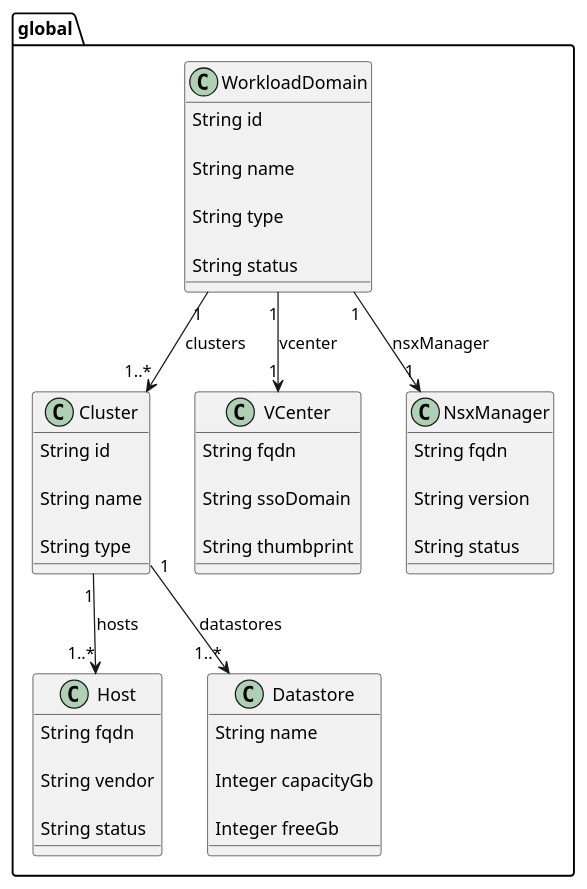
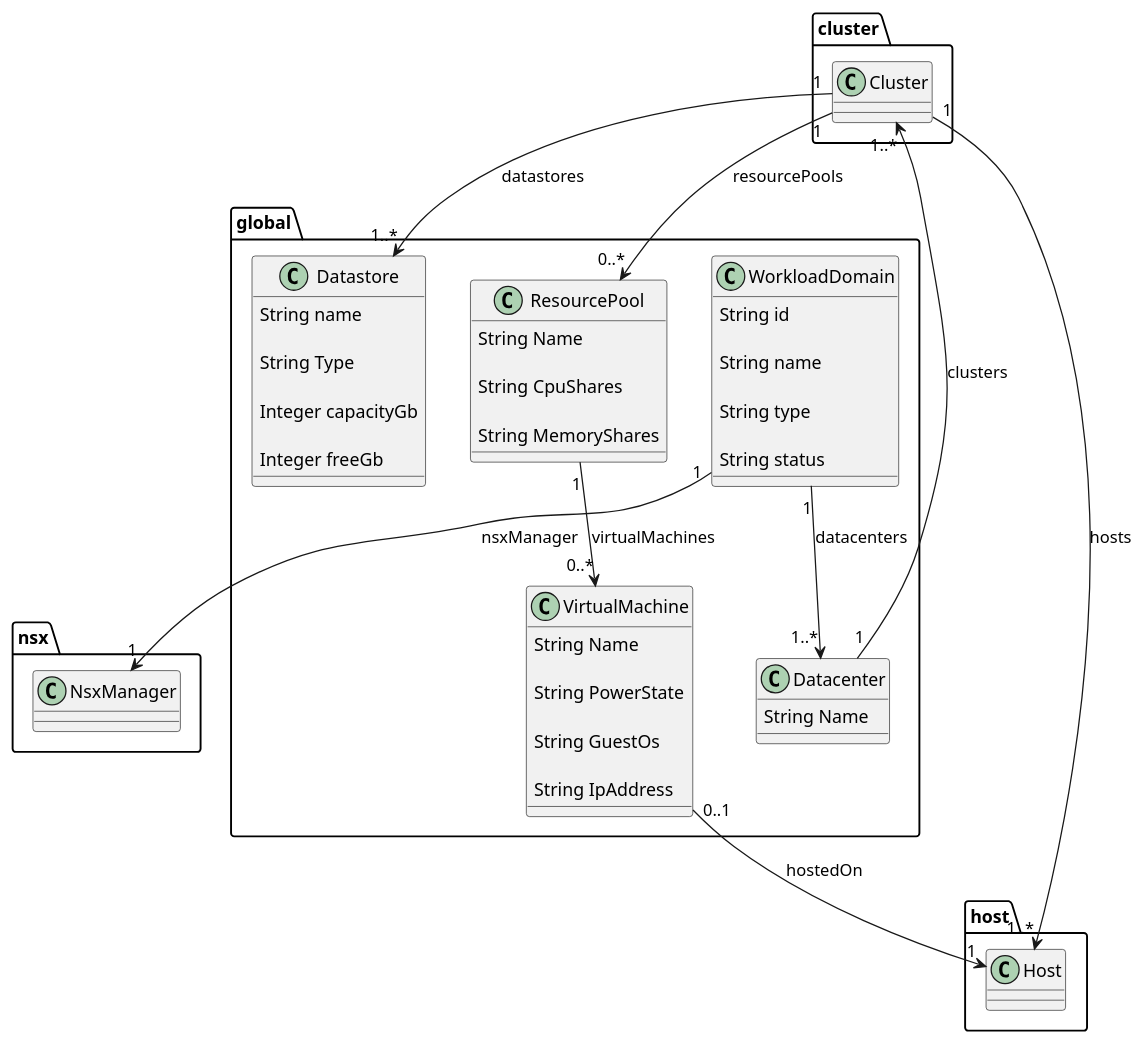
Before and after one commit to bartekmi/datamodel: the diagram in datamodel/schema/source/plantuml/puml/vcf/global.puml, drawn with PlantUML. The commit also changed 9 other files, not shown here.

```diff
--- a/datamodel/schema/source/plantuml/puml/vcf/global.puml
+++ b/datamodel/schema/source/plantuml/puml/vcf/global.puml
@@ -5,100 +5,91 @@
 @startuml
 
 ' A Workload Domain represents a fully functional SDDC unit.
 class global.WorkloadDomain {
   ' Unique identifier for the domain
   String id
 
   ' Human-readable name
   String name
 
   ' Type of domain: Management or VI
   String type
 
   ' Lifecycle state (e.g., ACTIVE, DELETED)
   String status
 }
 
-' A Cluster is a compute group associated with a Workload Domain.
-class global.Cluster {
-  ' Unique identifier for the cluster
-  String id
-
-  ' Name of the cluster
-  String name
-
-  ' Cluster type (e.g., MANAGEMENT, COMPUTE)
-  String type
-}
-
-' A Host is a physical ESXi server within a Cluster.
-class global.Host {
-  ' FQDN or IP address of the host
-  String fqdn
-
-  ' Hardware vendor/model info
-  String vendor
-
-  ' Host status (CONNECTED, DISCONNECTED, etc.)
-  String status
-}
-
-' A vCenter is a vSphere management endpoint for a domain.
-class global.VCenter {
-  ' vCenter hostname or IP
-  String fqdn
-
-  ' Associated SSO domain
-  String ssoDomain
-
-  ' Certificate thumbprint for validation
-  String thumbprint
-}
-
-' An NSX Manager instance dedicated to a domain
-class global.NsxManager {
-  ' NSX Manager hostname
-  String fqdn
-
-  ' Version info
-  String version
-
-  ' Health or state indicator
-  String status
-}
-
 ' A vSAN Datastore backing clusters in the domain
 class global.Datastore {
   ' Name of the datastore
   String name
+
+  ' Type (e.g., VMFS, vSAN, NFS)
+  String Type
 
   ' Capacity in GB
   Integer capacityGb
 
   ' Free space in GB
   Integer freeGb
 }
 
+' A Datacenter contains one or more clusters
+' Each cluster belongs to exactly one Datacenter
+global.Datacenter "1" --> "1..*" cluster.Cluster : clusters
 
-' A domain contains one or more clusters
-' Each cluster belongs to exactly one domain
-' Domain "1" --> "1..*" Cluster
-global.WorkloadDomain "1" --> "1..*" global.Cluster : clusters
 
 ' A cluster contains one or more hosts
 ' A host belongs to one cluster
-global.Cluster "1" --> "1..*" global.Host : hosts
-
-' A workload domain has exactly one vCenter
-' A vCenter serves one domain
-global.WorkloadDomain "1" --> "1" global.VCenter : vcenter
+cluster.Cluster "1" --> "1..*" host.Host : hosts
 
 ' A workload domain has one NSX Manager
 ' An NSX Manager serves one domain
-global.WorkloadDomain "1" --> "1" global.NsxManager : nsxManager
+global.WorkloadDomain "1" --> "1" nsx.NsxManager : nsxManager
 
 ' A cluster uses one datastore
 ' A datastore may be shared by multiple clusters (in rare cases)
-global.Cluster "1" --> "1..*" global.Datastore : datastores
+cluster.Cluster "1" --> "1..*" global.Datastore : datastores
+
+
+' Datacenter object in vCenter (container for clusters)
+class global.Datacenter {
+  ' Name of the datacenter
+  String Name
+}
+
+' Resource pool within a cluster
+class global.ResourcePool {
+  ' Name of the pool
+  String Name
+
+  ' CPU shares
+  String CpuShares
+
+  ' Memory shares
+  String MemoryShares
+}
+
+' Virtual Machine object
+class global.VirtualMachine {
+  ' Name of the VM
+  String Name
+
+  ' Power state (on/off)
+  String PowerState
+
+  ' Guest OS
+  String GuestOs
+
+  ' IP address (if available)
+  String IpAddress
+}
+
+global.WorkloadDomain "1" --> "1..*" global.Datacenter : datacenters
+cluster.Cluster "1" --> "0..*" global.ResourcePool : resourcePools
+global.ResourcePool "1" --> "0..*" global.VirtualMachine : virtualMachines
+global.VirtualMachine "0..1" --> "1" host.Host : hostedOn
+
+
 
 @enduml
```
